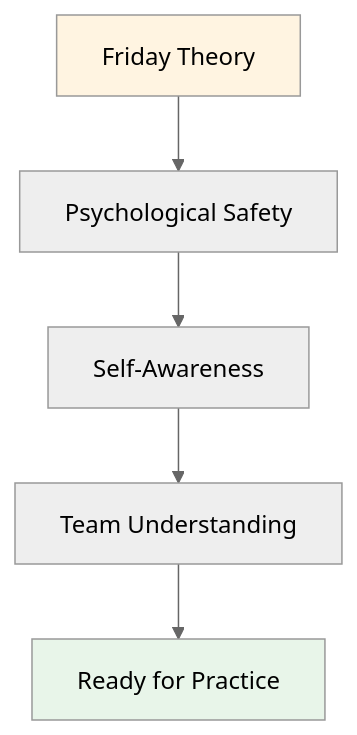
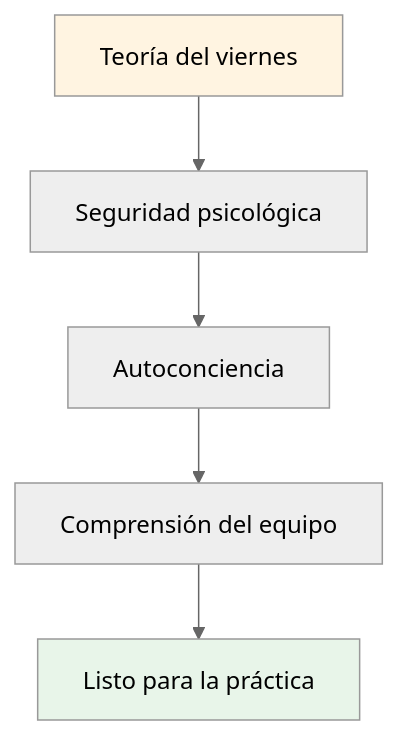
Before and after one commit to patwii/petanque-academy: the second of 2 diagrams in docs/es/guides/training-camp/index.md, drawn with Mermaid (neutral theme). The commit also changed other lines of this file and 550 other files, not shown here.

````diff
--- a/docs/es/guides/training-camp/index.md
+++ b/docs/es/guides/training-camp/index.md
@@ -297,10 +297,10 @@
 ```mermaid
 graph TD
-    A[Friday Theory] --> B[Psychological Safety]
-    B --> C[Self-Awareness]
-    C --> D[Team Understanding]
-    D --> E[Ready for Practice]
+    A[Teoría del viernes] --> B[Seguridad psicológica]
+    B --> C[Autoconciencia]
+    C --> D[Comprensión del equipo]
+    D --> E[Listo para la práctica]
 
     style A fill:#fff4e1
     style E fill:#e8f5e9
 ```
````
